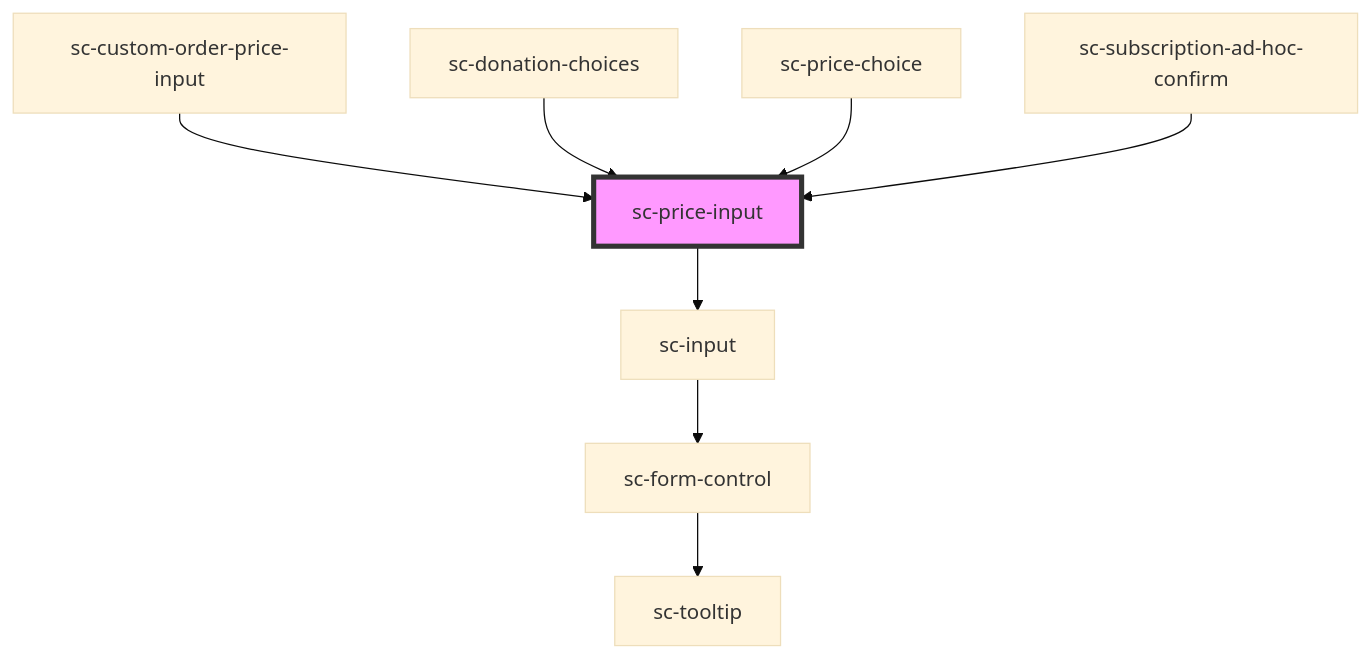
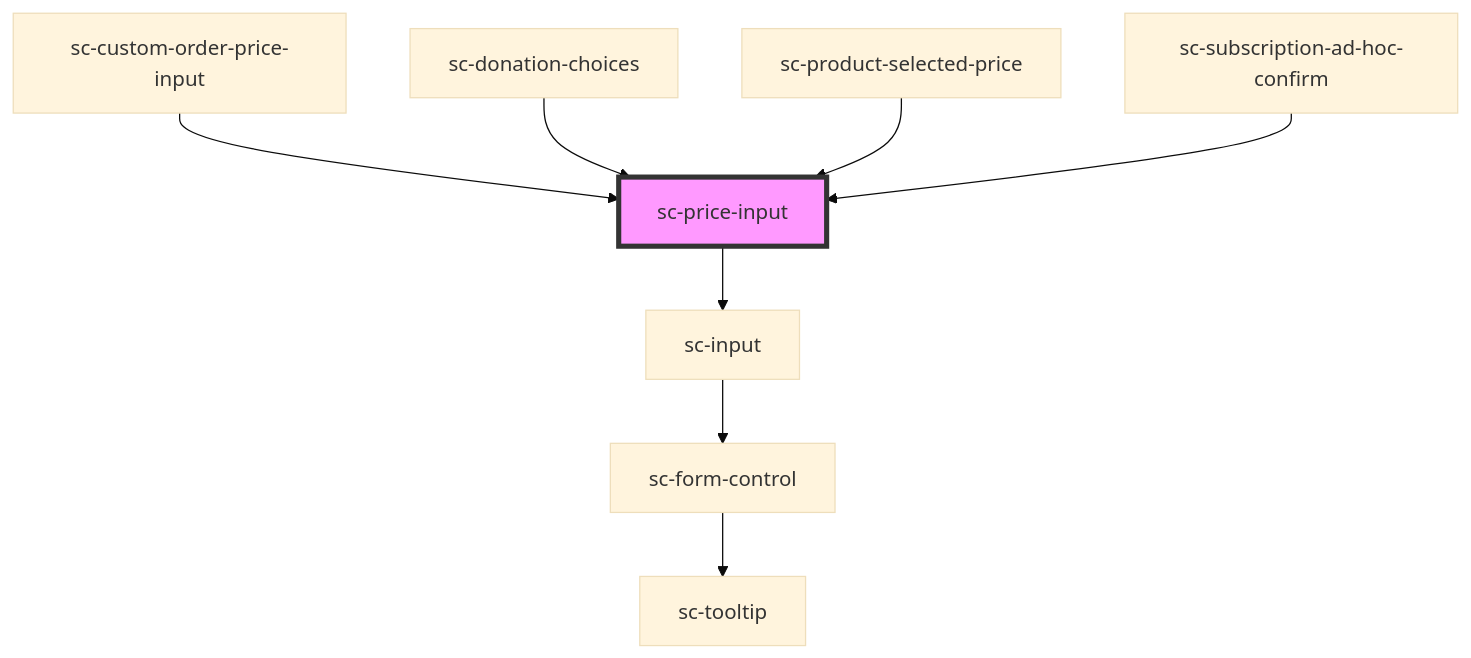
The diagram in packages/components/src/components/ui/price-input/readme.md (surecart/surecart-wp-plugin), drawn with Mermaid (base theme) before and after one commit. The commit also changed other lines of this file and 12 other files, not shown here.

````diff
--- a/packages/components/src/components/ui/price-input/readme.md
+++ b/packages/components/src/components/ui/price-input/readme.md
@@ -110,11 +113,11 @@
 ```mermaid
 graph TD;
   sc-price-input --> sc-input
   sc-input --> sc-form-control
   sc-form-control --> sc-tooltip
   sc-custom-order-price-input --> sc-price-input
   sc-donation-choices --> sc-price-input
-  sc-price-choice --> sc-price-input
+  sc-product-selected-price --> sc-price-input
   sc-subscription-ad-hoc-confirm --> sc-price-input
   style sc-price-input fill:#f9f,stroke:#333,stroke-width:4px
 ```
````
